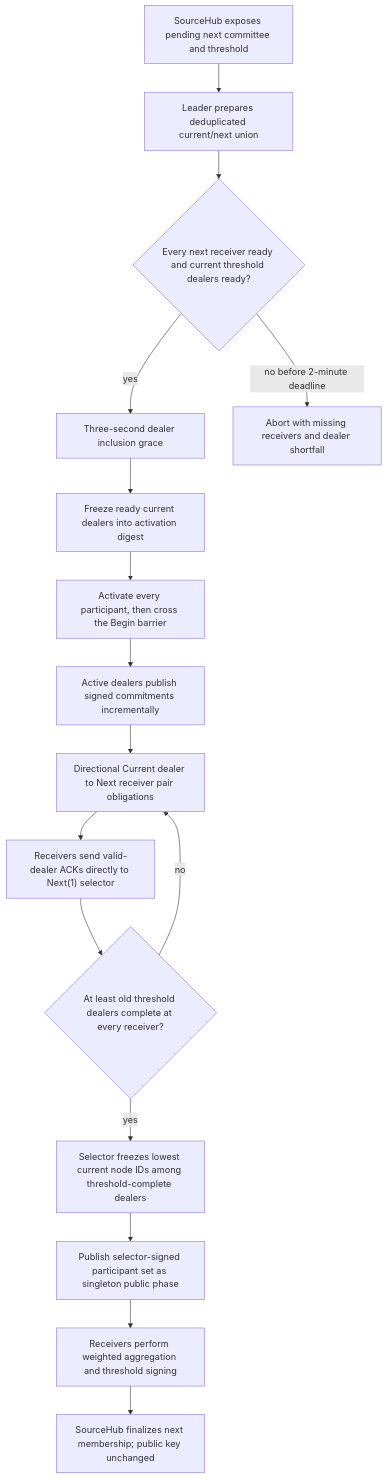
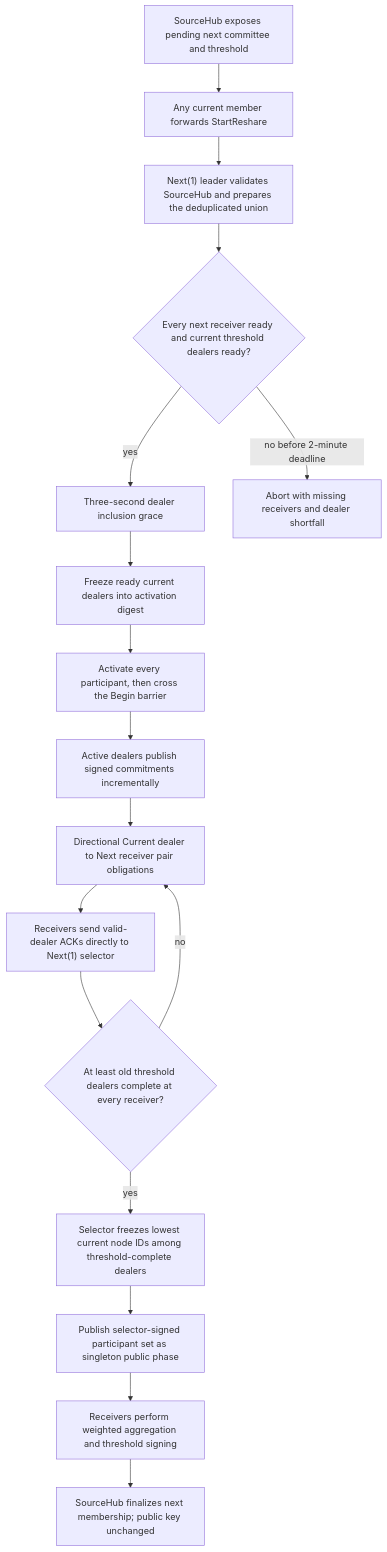
One commit to sourcenetwork/orbis-rs changed the eighth of 10 diagrams in bin/orbis-node/src/dkg/README.md. Above: the diagram before and after it, drawn with Mermaid. The commit also changed other lines of this file and 16 other files, not shown here.

Commit message:
reshare uses new commitee as leader

````diff
--- a/bin/orbis-node/src/dkg/README.md
+++ b/bin/orbis-node/src/dkg/README.md
@@ -653,23 +662,24 @@
 ```mermaid
 flowchart TD
   Pending["SourceHub exposes pending next committee and threshold"]
-  Prepare["Leader prepares deduplicated current/next union"]
+  Forward["Any current member forwards StartReshare"]
+  Prepare["Next(1) leader validates SourceHub and prepares the deduplicated union"]
   Ready{"Every next receiver ready and current threshold dealers ready?"}
   Grace["Three-second dealer inclusion grace"]
   Freeze["Freeze ready current dealers into activation digest"]
   Start["Activate every participant, then cross the Begin barrier"]
   Commit["Active dealers publish signed commitments incrementally"]
   Shares["Directional Current dealer to Next receiver pair obligations"]
   Ack["Receivers send valid-dealer ACKs directly to Next(1) selector"]
   Complete{"At least old threshold dealers complete at every receiver?"}
   Select["Selector freezes lowest current node IDs among threshold-complete dealers"]
   Publish["Publish selector-signed participant set as singleton public phase"]
   Aggregate["Receivers perform weighted aggregation and threshold signing"]
   Finalize["SourceHub finalizes next membership; public key unchanged"]
 
-  Pending --> Prepare --> Ready
+  Pending --> Forward --> Prepare --> Ready
   Ready -->|"no before 2-minute deadline"| Abort["Abort with missing receivers and dealer shortfall"]
   Ready -->|"yes"| Grace --> Freeze --> Start --> Commit --> Shares --> Ack --> Complete
   Complete -->|"no"| Shares
   Complete -->|"yes"| Select --> Publish --> Aggregate --> Finalize
 ```
````
